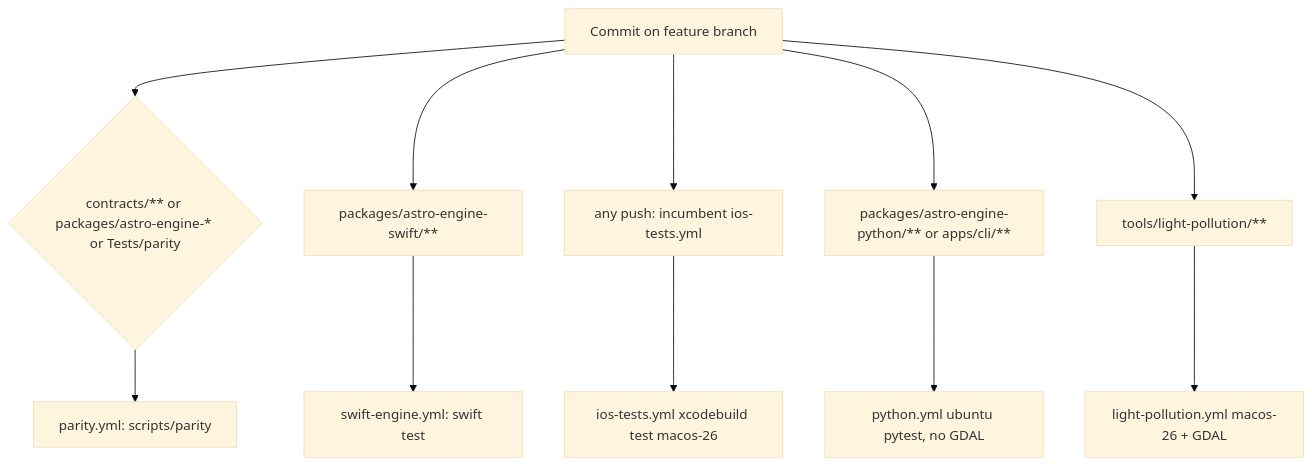
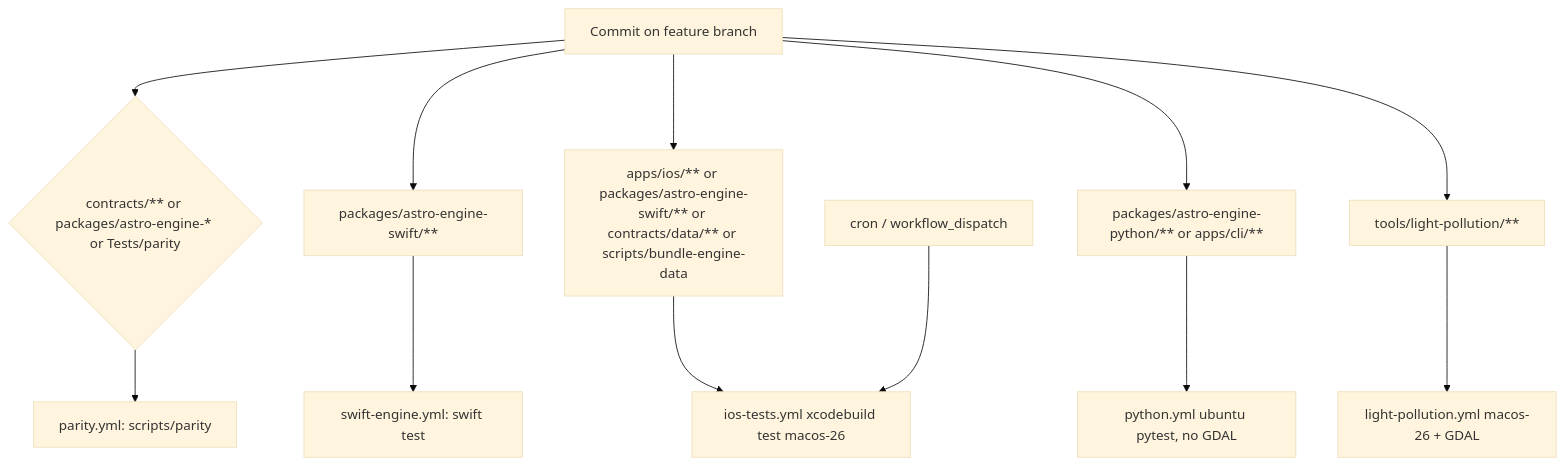
One commit to gdombiak/AstroViewingConditions changed the third of 3 diagrams in docs/design/dual-implementation-astro-engine.md. Above: the diagram before and after it, drawn with Mermaid (base theme). The commit also changed other lines of this file and 3 other files, not shown here.

````diff
--- a/docs/design/dual-implementation-astro-engine.md
+++ b/docs/design/dual-implementation-astro-engine.md
@@ -1180,15 +1180,16 @@
 ```mermaid
 flowchart TB
   Change[Commit on feature branch]
   Change --> Parity{"contracts/** or packages/astro-engine-* or Tests/parity"}
   Change --> SwiftPkg["packages/astro-engine-swift/**"]
-  Change --> Apple["any push: incumbent ios-tests.yml"]
+  Change --> Apple["apps/ios/** or packages/astro-engine-swift/** or contracts/data/** or scripts/bundle-engine-data"]
   Change --> Py["packages/astro-engine-python/** or apps/cli/**"]
   Change --> LP["tools/light-pollution/**"]
 
   Parity --> ParityJob["parity.yml: scripts/parity"]
   SwiftPkg --> SwiftTest["swift-engine.yml: swift test"]
   Apple --> IOSFull["ios-tests.yml xcodebuild test macos-26"]
+  Nightly[cron / workflow_dispatch] --> IOSFull
   Py --> PyJob["python.yml ubuntu pytest, no GDAL"]
   LP --> LPJob["light-pollution.yml macos-26 + GDAL"]
 ```
````
